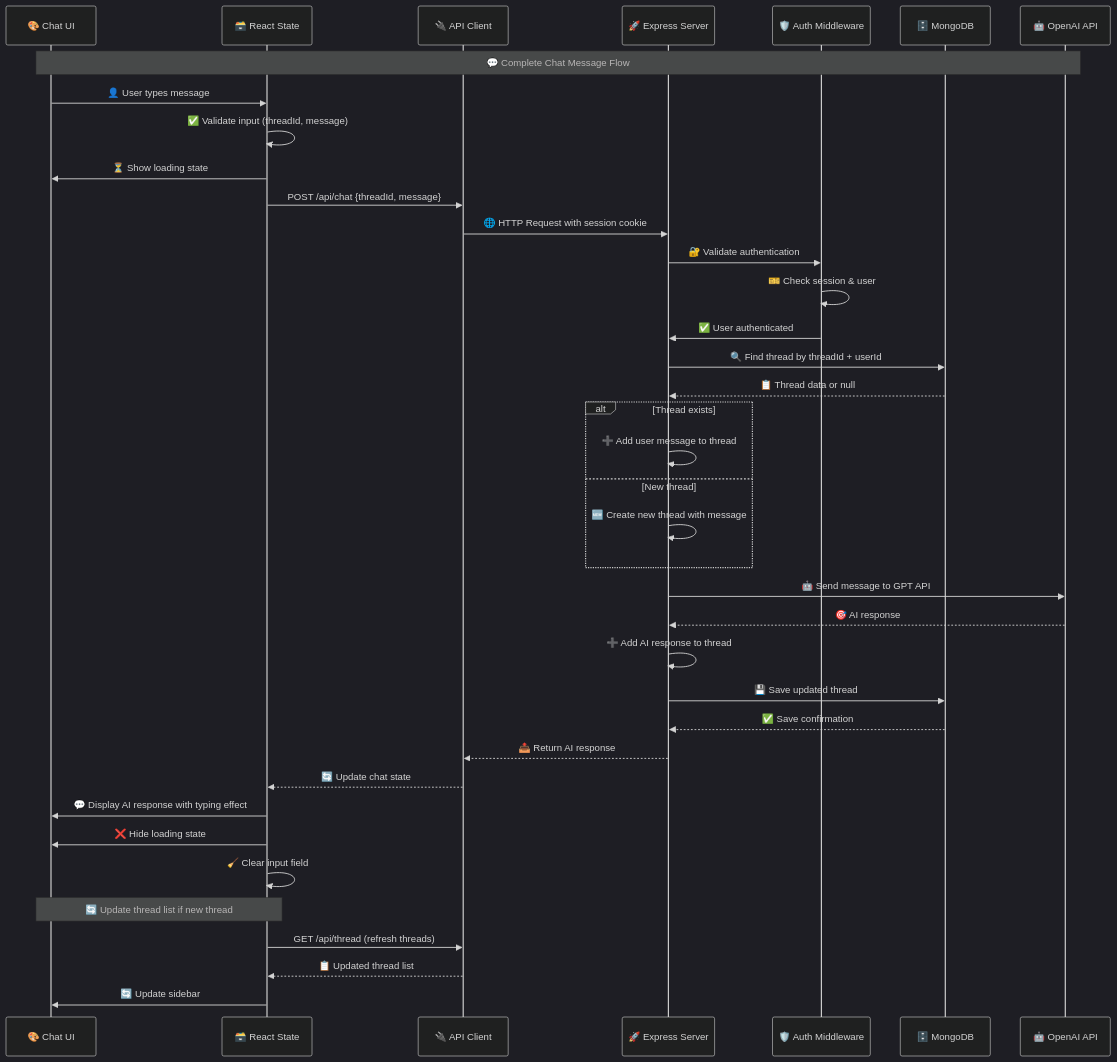
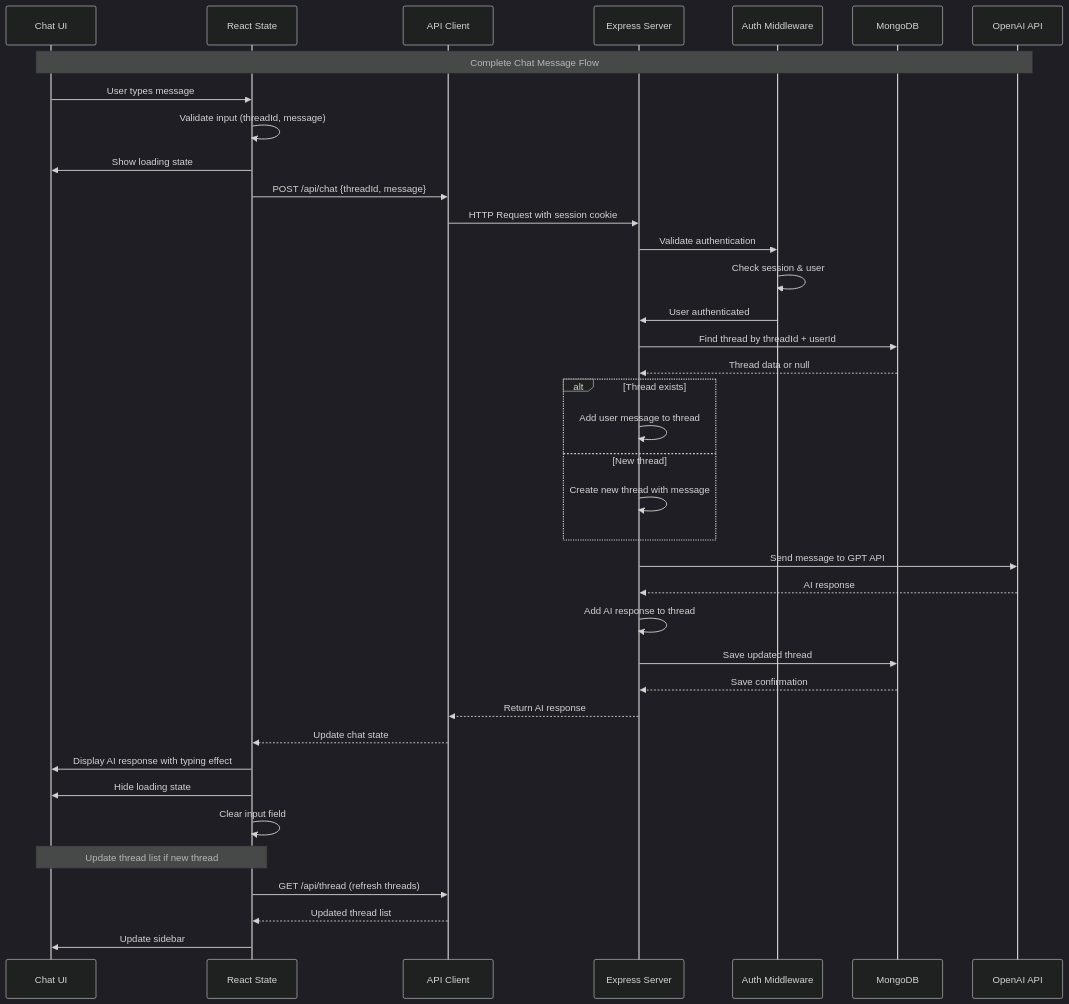
The sixth of 6 diagrams in README.md (Ishu077/Lepron-GPT-with-Auth), drawn with Mermaid (dark theme) before and after one commit. The commit also changed other lines of this file, not shown here.

````diff
--- a/README.md
+++ b/README.md
@@ -341,49 +320,49 @@
 ```mermaid
 sequenceDiagram
-    participant UI as 🎨 Chat UI
-    participant State as 🗃️ React State
-    participant API as 🔌 API Client
-    participant Server as 🚀 Express Server
-    participant Auth as 🛡️ Auth Middleware
-    participant DB as 🗄️ MongoDB
-    participant OpenAI as 🤖 OpenAI API
+    participant UI as Chat UI
+    participant State as React State
+    participant API as API Client
+    participant Server as Express Server
+    participant Auth as Auth Middleware
+    participant DB as MongoDB
+    participant OpenAI as OpenAI API
     
-    Note over UI,OpenAI: 💬 Complete Chat Message Flow
+    Note over UI,OpenAI: Complete Chat Message Flow
     
-    UI->>State: 👤 User types message
-    State->>State: ✅ Validate input (threadId, message)
-    State->>UI: ⏳ Show loading state
+    UI->>State: User types message
+    State->>State: Validate input (threadId, message)
+    State->>UI: Show loading state
     State->>API: POST /api/chat {threadId, message}
     
-    API->>Server: 🌐 HTTP Request with session cookie
-    Server->>Auth: 🔐 Validate authentication
-    Auth->>Auth: 🎫 Check session & user
-    Auth->>Server: ✅ User authenticated
+    API->>Server: HTTP Request with session cookie
+    Server->>Auth: Validate authentication
+    Auth->>Auth: Check session & user
+    Auth->>Server: User authenticated
     
-    Server->>DB: 🔍 Find thread by threadId + userId
-    DB-->>Server: 📋 Thread data or null
+    Server->>DB: Find thread by threadId + userId
+    DB-->>Server: Thread data or null
     
     alt Thread exists
-        Server->>Server: ➕ Add user message to thread
+        Server->>Server: Add user message to thread
     else New thread
-        Server->>Server: 🆕 Create new thread with message
+        Server->>Server: Create new thread with message
     end
     
-    Server->>OpenAI: 🤖 Send message to GPT API
-    OpenAI-->>Server: 🎯 AI response
+    Server->>OpenAI: Send message to GPT API
+    OpenAI-->>Server: AI response
     
-    Server->>Server: ➕ Add AI response to thread
-    Server->>DB: 💾 Save updated thread
-    DB-->>Server: ✅ Save confirmation
+    Server->>Server: Add AI response to thread
+    Server->>DB: Save updated thread
+    DB-->>Server: Save confirmation
     
-    Server-->>API: 📤 Return AI response
-    API-->>State: 🔄 Update chat state
-    State->>UI: 💬 Display AI response with typing effect
-    State->>UI: ❌ Hide loading state
-    State->>State: 🧹 Clear input field
+    Server-->>API: Return AI response
+    API-->>State: Update chat state
+    State->>UI: Display AI response with typing effect
+    State->>UI: Hide loading state
+    State->>State: Clear input field
     
-    Note over UI,State: 🔄 Update thread list if new thread
+    Note over UI,State: Update thread list if new thread
     State->>API: GET /api/thread (refresh threads)
-    API-->>State: 📋 Updated thread list
-    State->>UI: 🔄 Update sidebar
+    API-->>State: Updated thread list
+    State->>UI: Update sidebar
 ```
````
